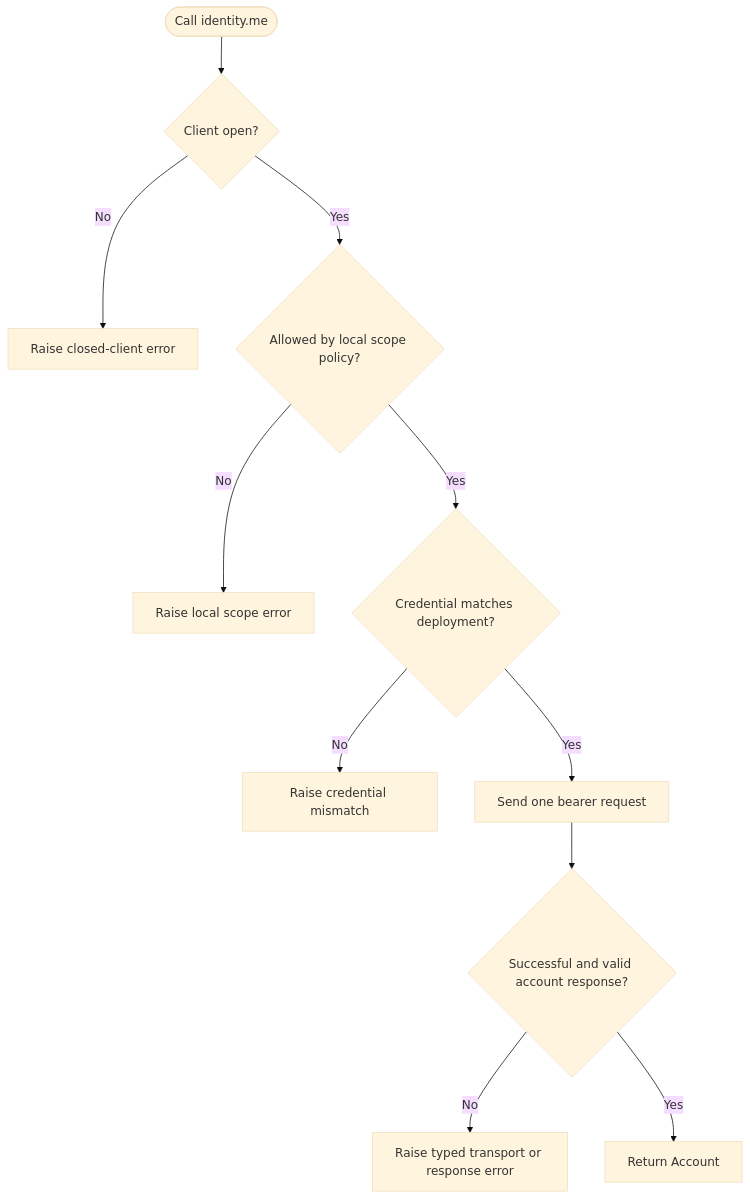
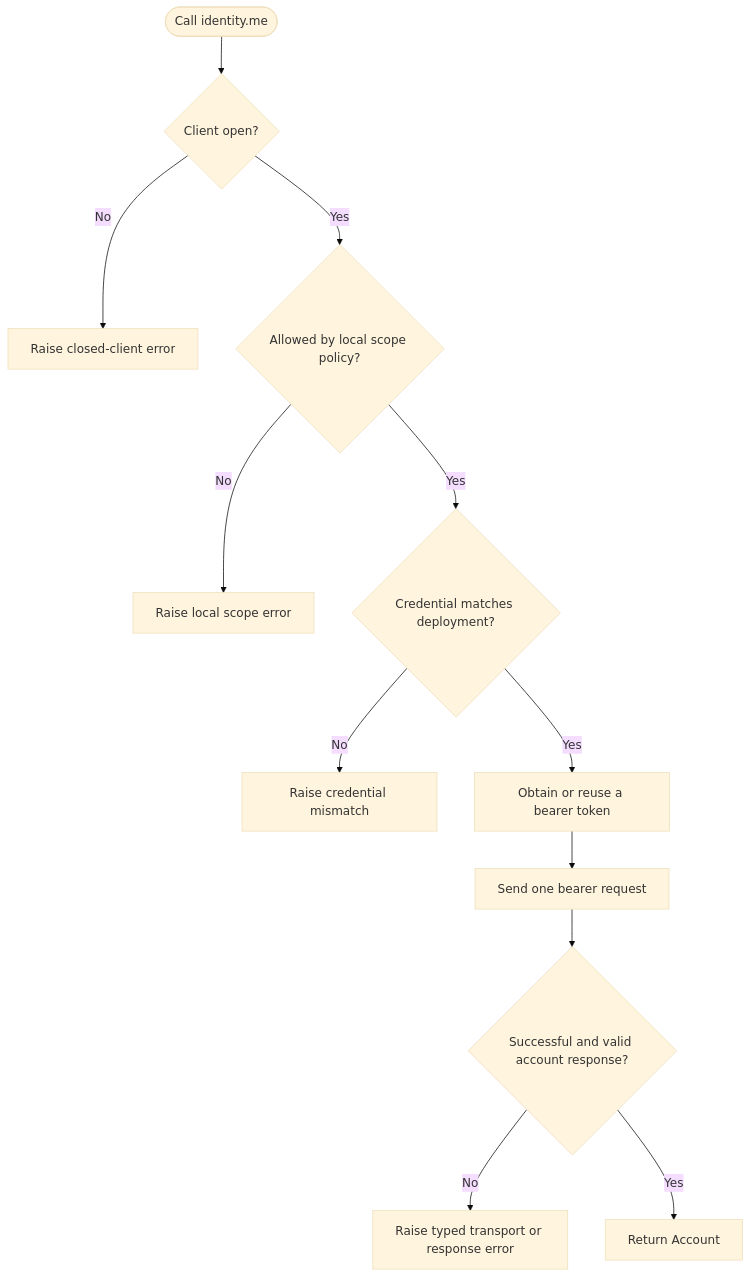
One commit to FAIRmat-NFDI/nomad-python-api changed the fourth of 7 diagrams in docs/dev/identity/index.md. Above: the diagram before and after it, drawn with Mermaid (base theme). The commit also changed other lines of this file and 17 other files, not shown here.

````diff
--- a/docs/dev/identity/index.md
+++ b/docs/dev/identity/index.md
@@ -83,13 +124,14 @@
 ```mermaid
 flowchart TD
     Start([Call identity.me]) --> Open{Client open?}
     Open -->|No| ClosedError[Raise closed-client error]
     Open -->|Yes| Scope{Allowed by local scope policy?}
     Scope -->|No| ScopeError[Raise local scope error]
     Scope -->|Yes| Bound{Credential matches deployment?}
     Bound -->|No| BindingError[Raise credential mismatch]
-    Bound -->|Yes| Send[Send one bearer request]
+    Bound -->|Yes| Token[Obtain or reuse a bearer token]
+    Token --> Send[Send one bearer request]
     Send --> Valid{Successful and valid account response?}
     Valid -->|No| ResponseError[Raise typed transport or response error]
     Valid -->|Yes| Result[Return Account]
 ```
````
